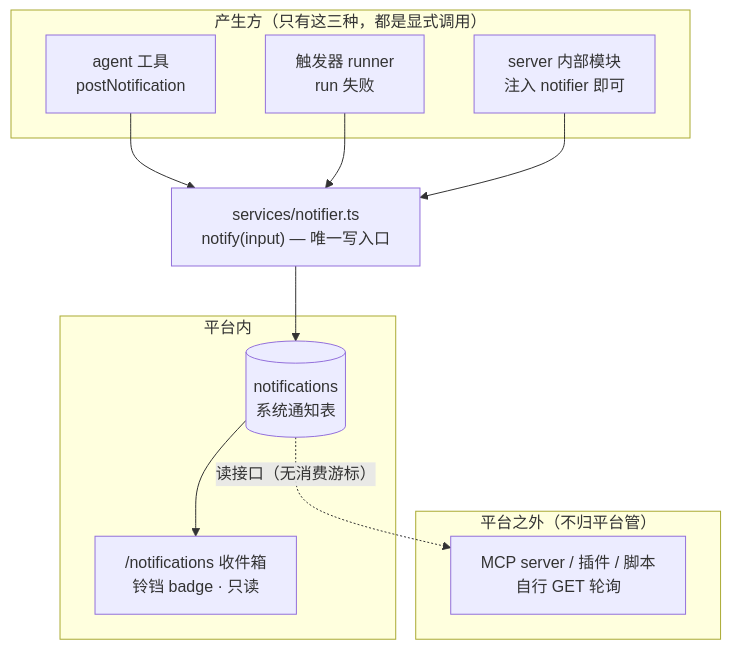
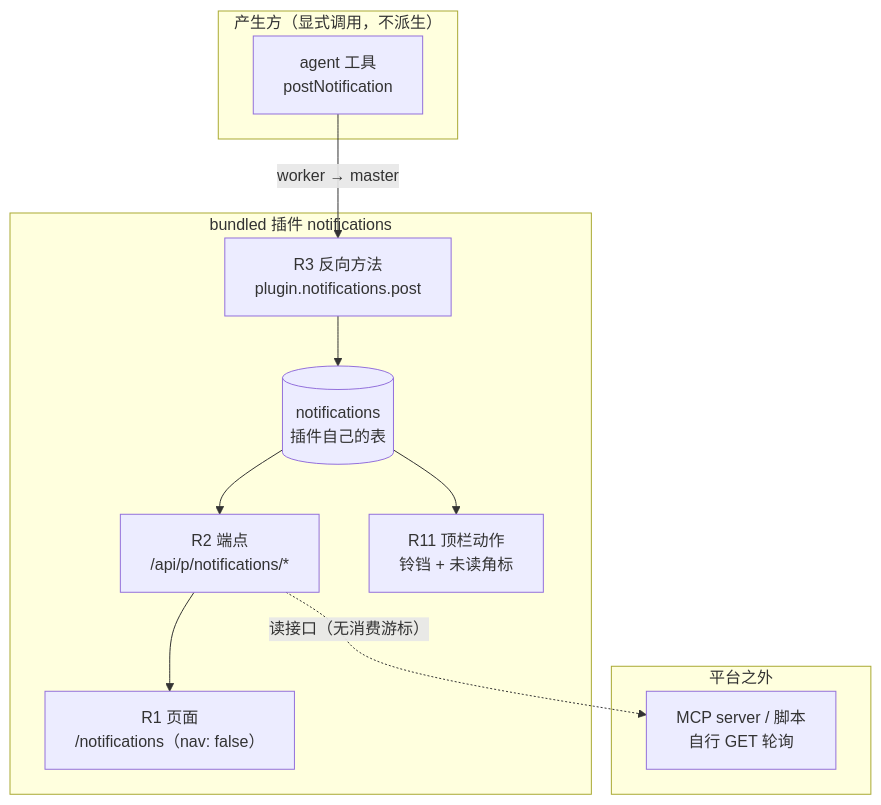
The first of 2 diagrams in doc/architecture/pi-agent-server_notifications.md (shinexsf/pi-agent-platform), drawn with Mermaid before and after one commit. The commit also changed other lines of this file and 4 other files, not shown here.

First line of the commit message:
docs(architecture): 通知改为 bundled 插件 + R11 顶栏动作扩展点

````diff
--- a/doc/architecture/pi-agent-server_notifications.md
+++ b/doc/architecture/pi-agent-server_notifications.md
@@ -12,26 +22,25 @@
 ```mermaid
 flowchart TB
-  subgraph PROD["产生方（只有这三种，都是显式调用）"]
+  subgraph PROD["产生方（显式调用，不派生）"]
     A1["agent 工具<br/>postNotification"]
-    A2["触发器 runner<br/>run 失败"]
-    A3["server 内部模块<br/>注入 notifier 即可"]
   end
 
-  N["services/notifier.ts<br/>notify(input) — 唯一写入口"]
-
-  subgraph CORE["平台内"]
-    DB[("notifications<br/>系统通知表")]
-    WEB["/notifications 收件箱<br/>铃铛 badge · 只读"]
+  subgraph PLG["bundled 插件 notifications"]
+    M["R3 反向方法<br/>plugin.notifications.post"]
+    DB[("notifications<br/>插件自己的表")]
+    API["R2 端点<br/>/api/p/notifications/*"]
+    HDR["R11 顶栏动作<br/>铃铛 + 未读角标"]
+    PAGE["R1 页面<br/>/notifications（nav: false）"]
   end
 
-  subgraph OUT["平台之外（不归平台管）"]
-    EXT["MCP server / 插件 / 脚本<br/>自行 GET 轮询"]
+  subgraph OUT["平台之外"]
+    EXT["MCP server / 脚本<br/>自行 GET 轮询"]
   end
 
-  A1 --> N
-  A2 --> N
-  A3 --> N
-  N --> DB
-  DB --> WEB
-  DB -.->|"读接口（无消费游标）"| EXT
+  A1 -->|"worker → master"| M
+  M --> DB
+  DB --> API
+  DB --> HDR
+  API --> PAGE
+  API -.->|"读接口（无消费游标）"| EXT
 ```
````
